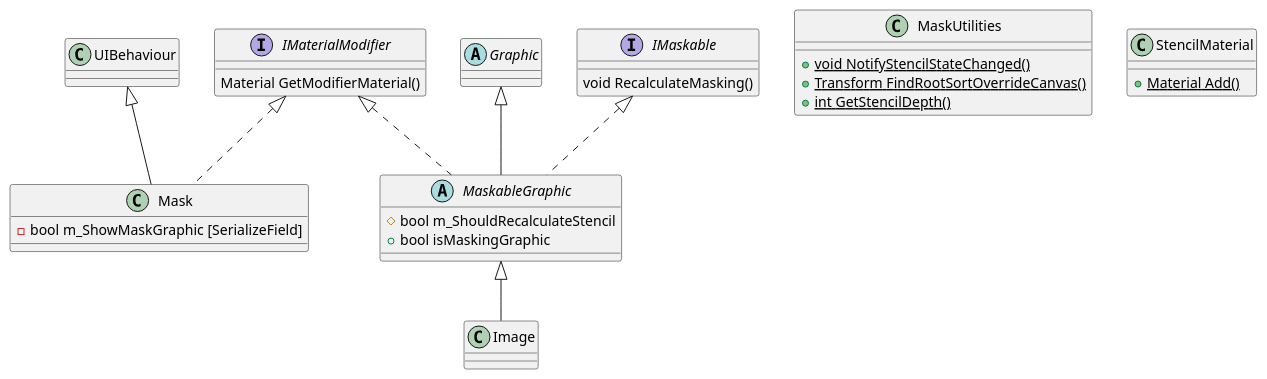
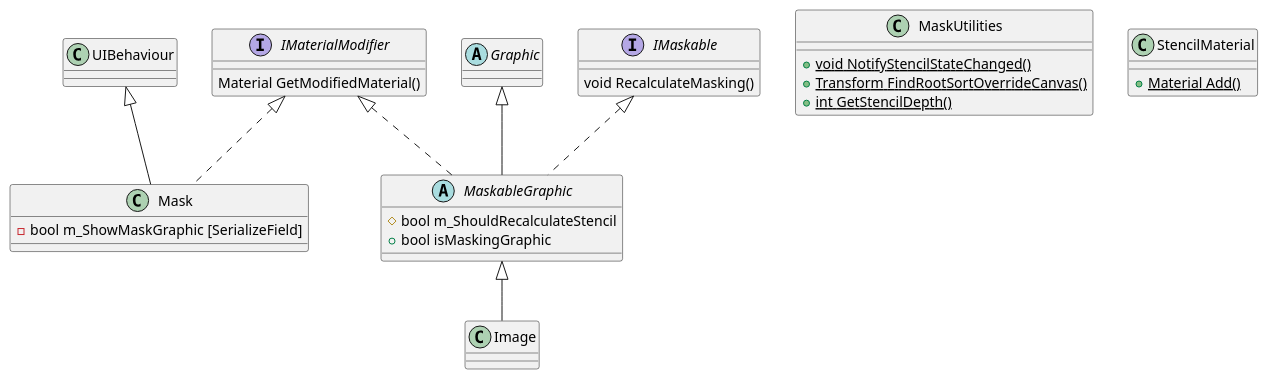
One commit to young40/young40.github.com changed the diagram in org/2022-01-05-UGUI-Source-Reading-02.org. Above: the diagram before and after it, drawn with PlantUML. The commit also changed other lines of this file and 3 other files, not shown here.

```diff
--- a/org/2022-01-05-UGUI-Source-Reading-02.org
+++ b/org/2022-01-05-UGUI-Source-Reading-02.org
@@ -21,48 +21,48 @@
 #+BEGIN_SRC plantuml :file 2021-12-UGUI-Source-Reading/2021-12-UGUI-Source-Reading-012.Mask-Hierarchy.png :exports both :cache yes 
   @startuml
 
   class Mask
   {
       - bool m_ShowMaskGraphic [SerializeField]
   }
 
   class MaskUtilities
   {
       + {static} void NotifyStencilStateChanged()
       + {static} Transform FindRootSortOverrideCanvas()
       + {static} int GetStencilDepth()
   }
 
   class StencilMaterial
   {
       + {static} Material Add()
   }
 
   class Image
   abstract class Graphic
   abstract class MaskableGraphic
   {
       # bool m_ShouldRecalculateStencil
       + bool isMaskingGraphic
   }
 
   interface IMaterialModifier
   {
-      Material GetModifierMaterial()
+      Material GetModifiedMaterial()
   }
 
   interface IMaskable
   {
        void RecalculateMasking()   
   }
 
   UIBehaviour <|-- Mask
 
   Graphic         <|-- MaskableGraphic
   MaskableGraphic <|-- Image
 
   IMaskable         <|.. MaskableGraphic
   IMaterialModifier <|.. MaskableGraphic
   IMaterialModifier <|.. Mask
   @enduml
 #+END_SRC
```
